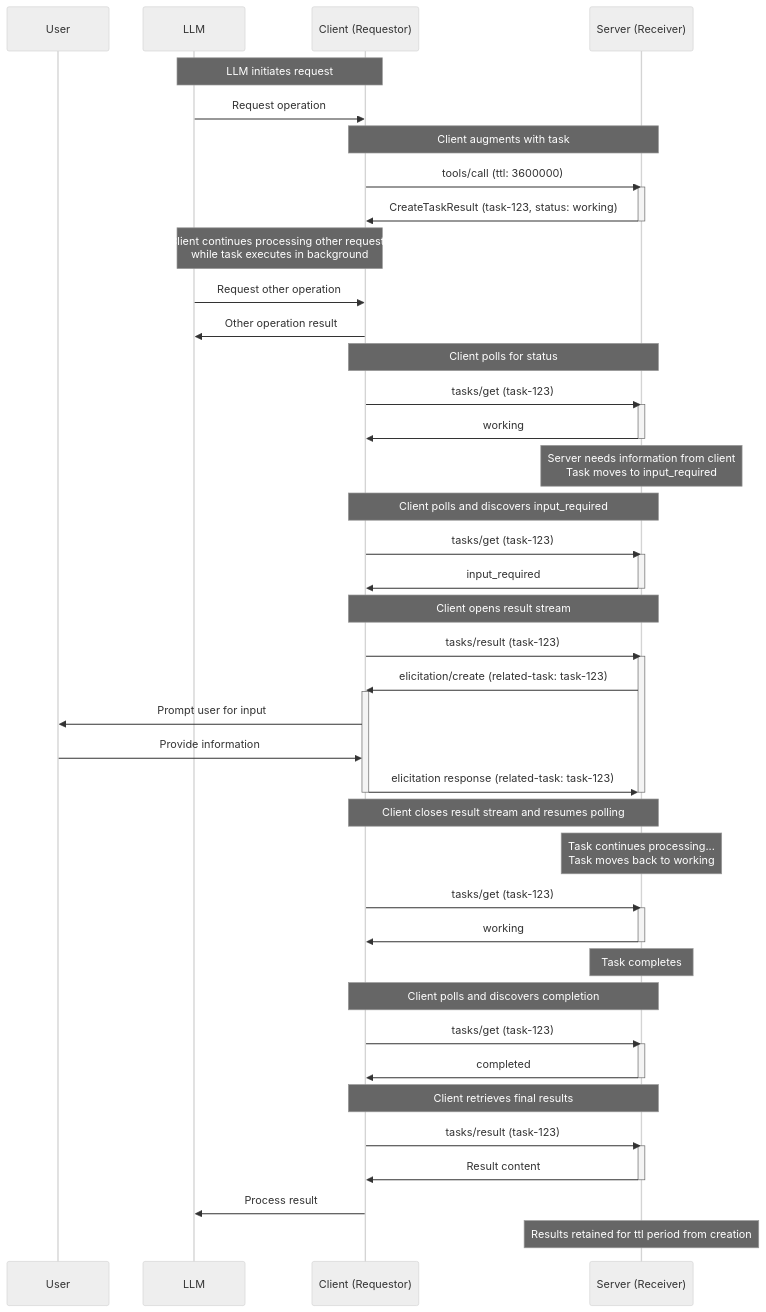
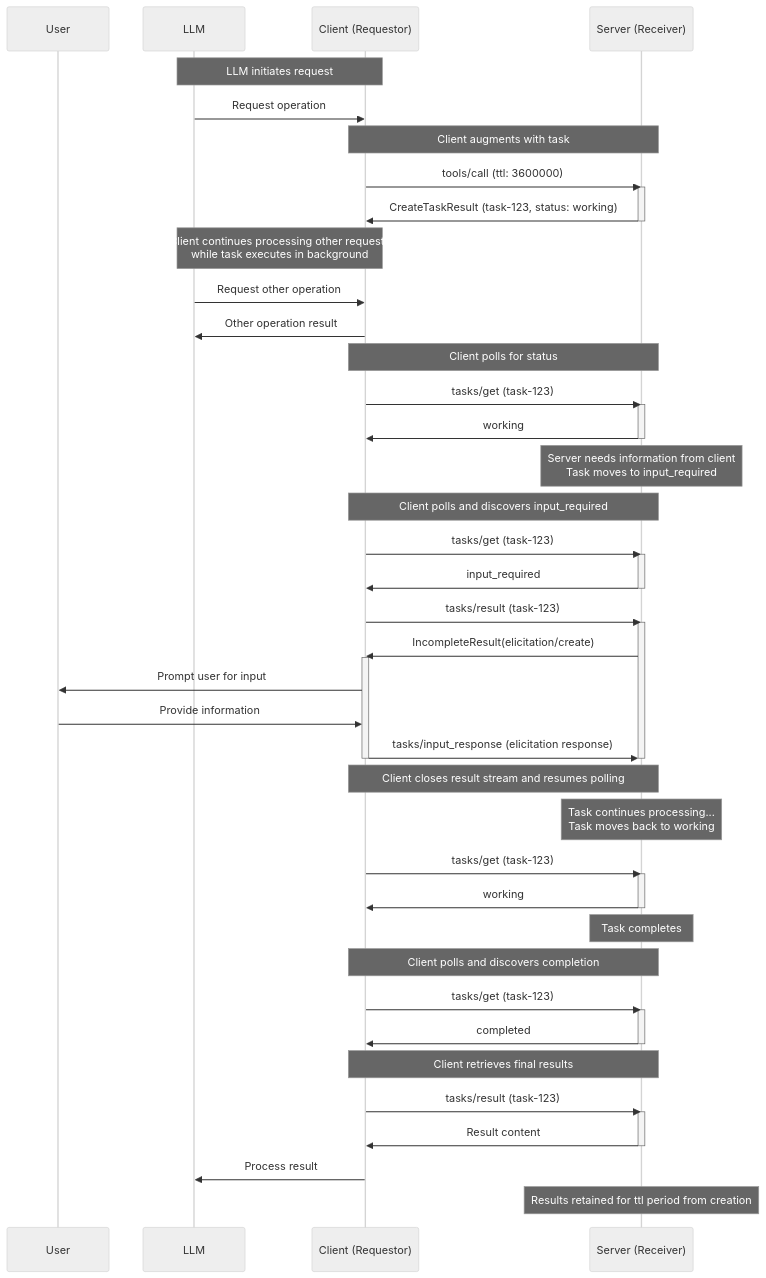
The third of 5 diagrams in docs/specification/draft/basic/utilities/tasks.mdx (modelcontextprotocol/modelcontextprotocol), drawn with Mermaid (neutral theme) before and after one commit. The commit also changed other lines of this file, not shown here.

Commit message:
update tasks augmented tool call flow

````diff
--- a/docs/specification/draft/basic/utilities/tasks.mdx
+++ b/docs/specification/draft/basic/utilities/tasks.mdx
@@ -595,71 +595,70 @@
 ```mermaid
 sequenceDiagram
     participant U as User
     participant LLM
     participant C as Client (Requestor)
     participant S as Server (Receiver)
 
     Note over LLM,C: LLM initiates request
     LLM->>C: Request operation
 
     Note over C,S: Client augments with task
     C->>S: tools/call (ttl: 3600000)
     activate S
     S->>C: CreateTaskResult (task-123, status: working)
     deactivate S
 
     Note over LLM,C: Client continues processing other requests<br/>while task executes in background
     LLM->>C: Request other operation
     C->>LLM: Other operation result
 
     Note over C,S: Client polls for status
     C->>S: tasks/get (task-123)
     activate S
     S->>C: working
     deactivate S
 
     Note over S: Server needs information from client<br/>Task moves to input_required
 
     Note over C,S: Client polls and discovers input_required
     C->>S: tasks/get (task-123)
     activate S
     S->>C: input_required
     deactivate S
 
-    Note over C,S: Client opens result stream
     C->>S: tasks/result (task-123)
     activate S
-    S->>C: elicitation/create (related-task: task-123)
+    S->>C: IncompleteResult(elicitation/create)
     activate C
     C->>U: Prompt user for input
     U->>C: Provide information
-    C->>S: elicitation response (related-task: task-123)
+    C->>S: tasks/input_response (elicitation response)
     deactivate C
     deactivate S
 
     Note over C,S: Client closes result stream and resumes polling
 
     Note over S: Task continues processing...<br/>Task moves back to working
 
     C->>S: tasks/get (task-123)
     activate S
     S->>C: working
     deactivate S
 
     Note over S: Task completes
 
     Note over C,S: Client polls and discovers completion
     C->>S: tasks/get (task-123)
     activate S
     S->>C: completed
     deactivate S
 
     Note over C,S: Client retrieves final results
     C->>S: tasks/result (task-123)
     activate S
     S->>C: Result content
     deactivate S
     C->>LLM: Process result
 
     Note over S: Results retained for ttl period from creation
 ```
````
